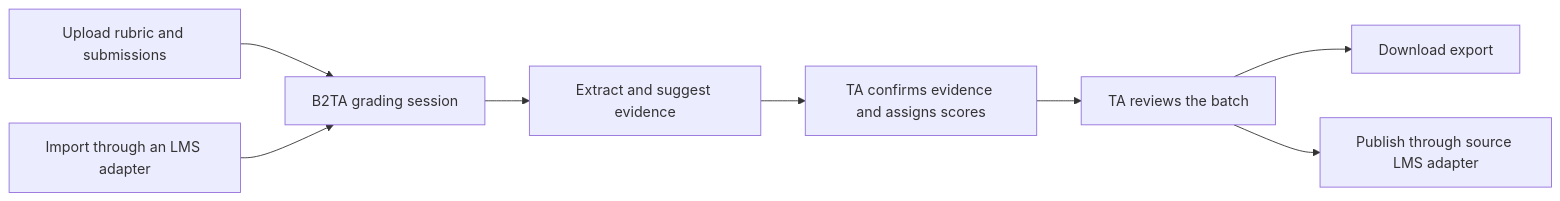
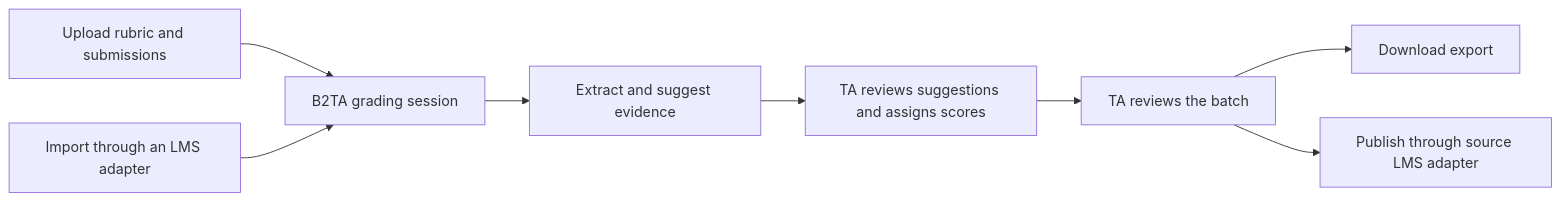
Before and after one commit to B2TA/B2TA: the second of 2 diagrams in ARCHITECTURE.md, drawn with Mermaid. The commit also changed other lines of this file and 17 other files, not shown here.

````diff
--- a/ARCHITECTURE.md
+++ b/ARCHITECTURE.md
@@ -49,17 +48,17 @@
 ```mermaid
 flowchart LR
     MANUAL[Upload rubric and submissions]
     LMSIMPORT[Import through an LMS adapter]
     SESSION[B2TA grading session]
     ANALYZE[Extract and suggest evidence]
-    GRADE[TA confirms evidence and assigns scores]
+    GRADE[TA reviews suggestions and assigns scores]
     REVIEW[TA reviews the batch]
     EXPORT[Download export]
     PUBLISH[Publish through source LMS adapter]
 
     MANUAL --> SESSION
     LMSIMPORT --> SESSION
     SESSION --> ANALYZE --> GRADE --> REVIEW
     REVIEW --> EXPORT
     REVIEW --> PUBLISH
 ```
````
